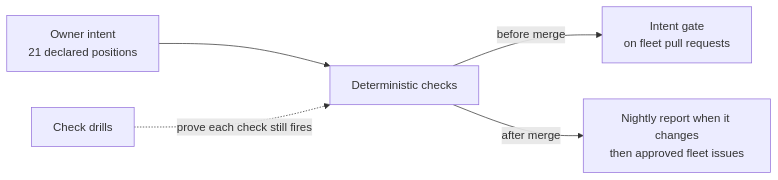
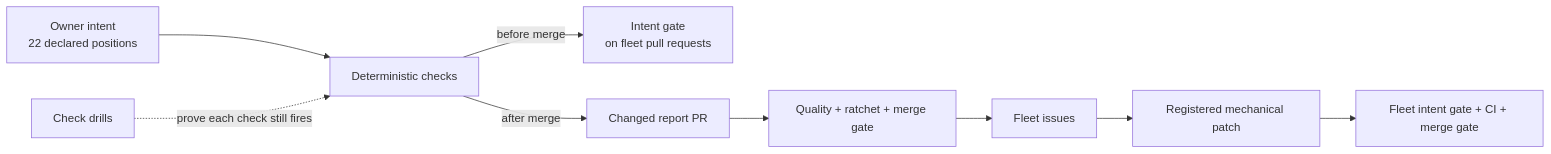
Before and after one commit to ImranAdan/infra-fleet-advisor-public: the diagram in README.md, drawn with Mermaid. The commit also changed other lines of this file and 36 other files, not shown here.

````diff
--- a/README.md
+++ b/README.md
@@ -14,7 +14,11 @@
 ```mermaid
 flowchart LR
-    Intent["Owner intent<br/>21 declared positions"] --> Checks["Deterministic checks"]
+    Intent["Owner intent<br/>22 declared positions"] --> Checks["Deterministic checks"]
     Checks -->|before merge| Gate["Intent gate<br/>on fleet pull requests"]
-    Checks -->|after merge| Report["Nightly report when it changes<br/>then approved fleet issues"]
+    Checks -->|after merge| Report["Changed report PR"]
+    Report --> ReportGate["Quality + ratchet + merge gate"]
+    ReportGate --> Issues["Fleet issues"]
+    Issues --> Patch["Registered mechanical patch"]
+    Patch --> FleetGate["Fleet intent gate + CI + merge gate"]
     Drills["Check drills"] -.->|prove each check still fires| Checks
 ```
````
